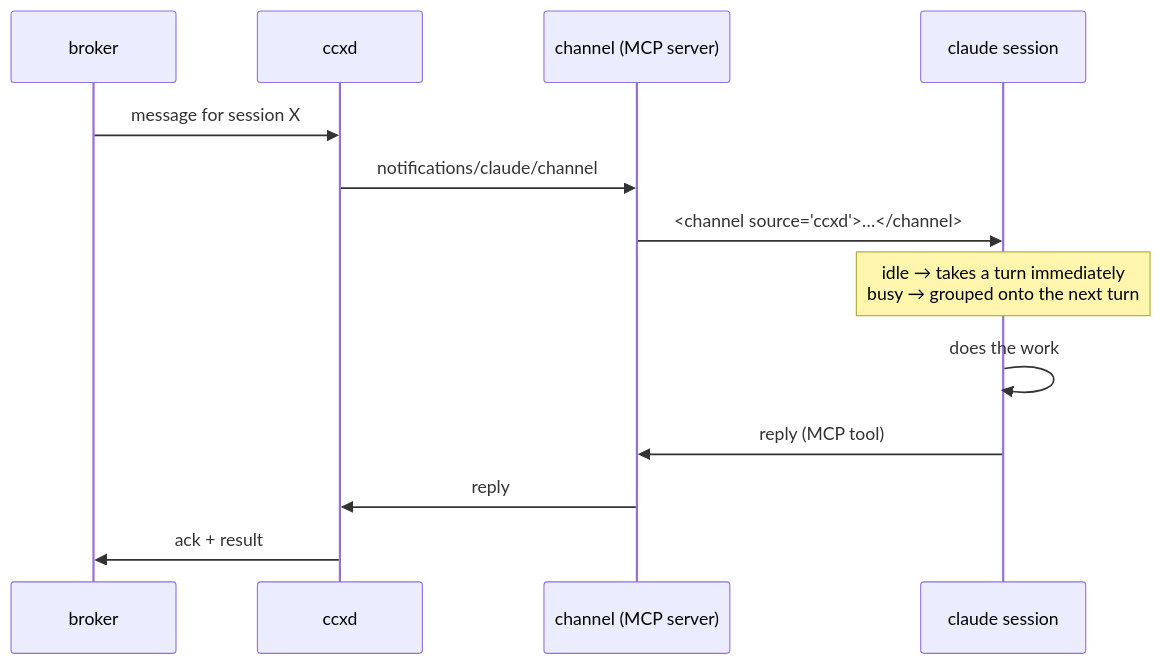
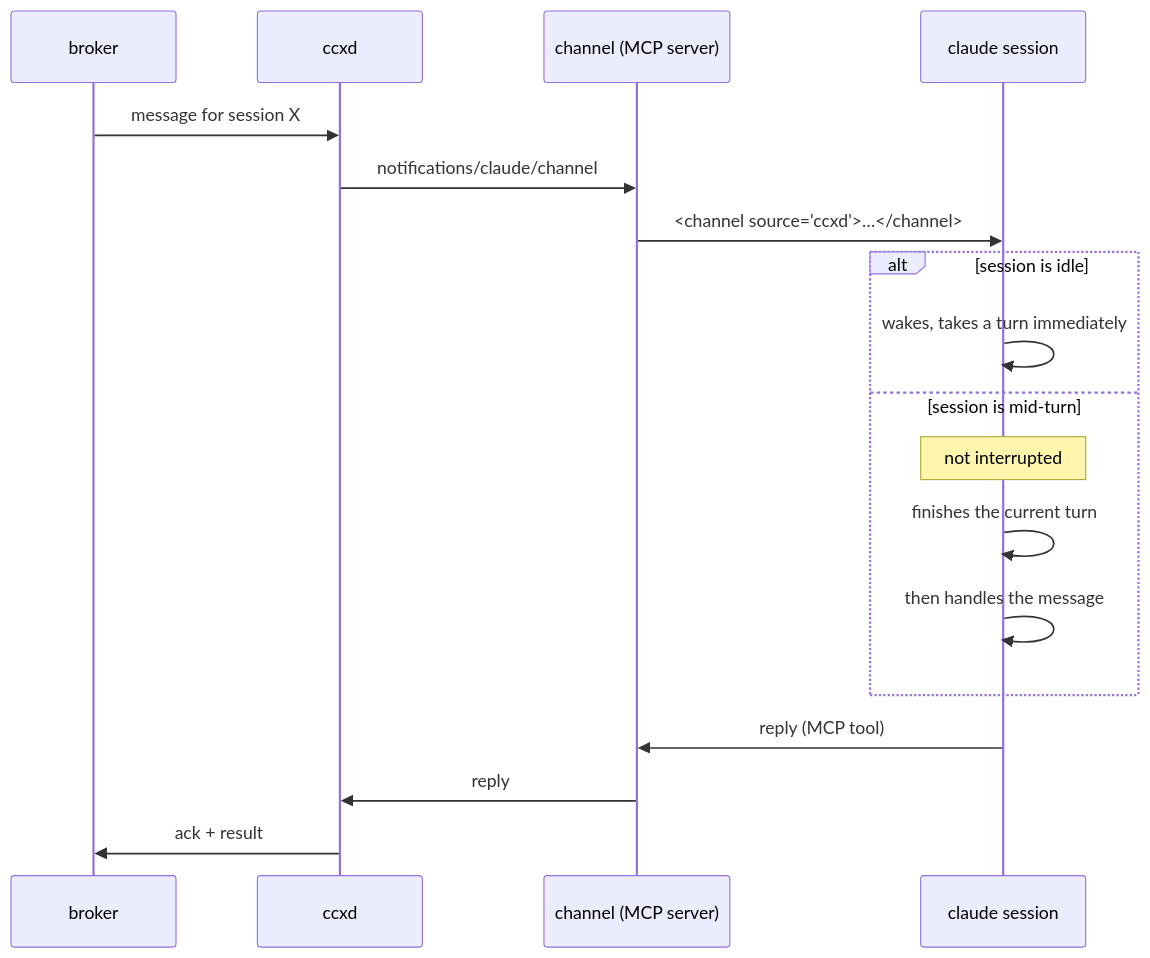
One commit to TakashiAihara/ccx changed the second of 2 diagrams in docs/design/transport.md. Above: the diagram before and after it, drawn with Mermaid. The commit also changed other lines of this file and 1 other file, not shown here.

````diff
--- a/docs/design/transport.md
+++ b/docs/design/transport.md
@@ -85,16 +79,23 @@
 ```mermaid
 sequenceDiagram
     participant B as broker
     participant D as ccxd
     participant C as channel (MCP server)
     participant S as claude session
 
     B->>D: message for session X
     D->>C: notifications/claude/channel
     C->>S: <channel source="ccxd">…</channel>
-    Note over S: idle → takes a turn immediately<br/>busy → grouped onto the next turn
-    S->>S: does the work
+
+    alt session is idle
+        S->>S: wakes, takes a turn immediately
+    else session is mid-turn
+        Note over S: not interrupted
+        S->>S: finishes the current turn
+        S->>S: then handles the message
+    end
+
     S->>C: reply (MCP tool)
     C->>D: reply
     D->>B: ack + result
 ```
````
